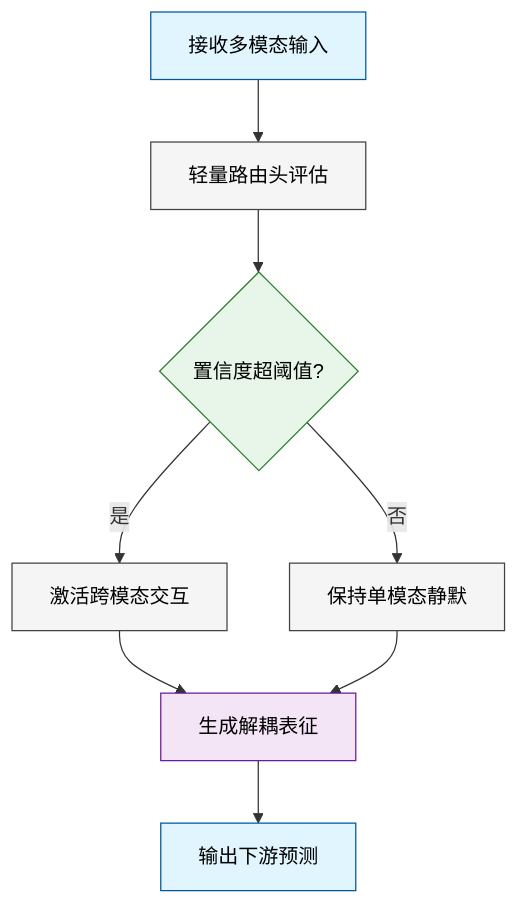
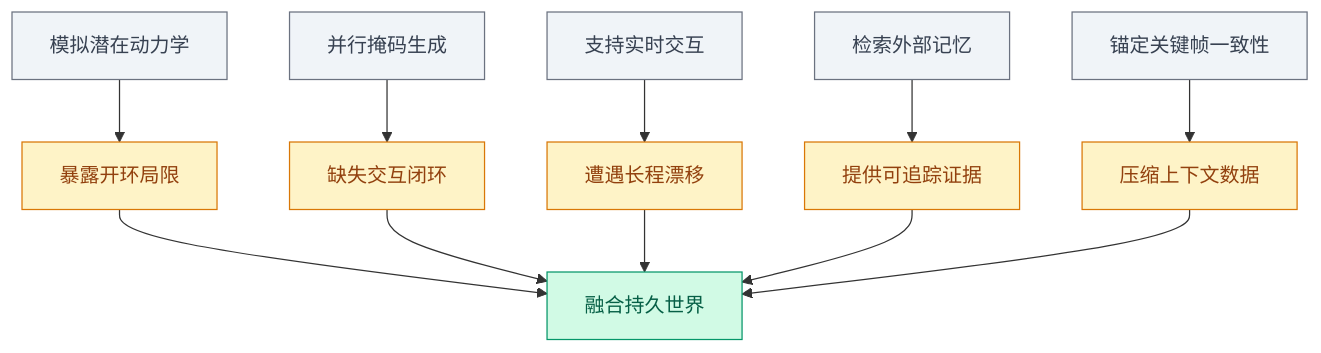
The sixth of 10 diagrams in person_vault/2026-06-12_FromMasksToWorldsAHitchhikerSGuideToWorl_2510.20668/report.md (ShinewineW/paper-rolling), drawn with Mermaid before and after one commit. The commit also changed other lines of this file and 51 other files, not shown here.

````diff
--- a/person_vault/2026-06-12_FromMasksToWorldsAHitchhikerSGuideToWorl_2510.20668/report.md
+++ b/person_vault/2026-06-12_FromMasksToWorldsAHitchhikerSGuideToWorl_2510.20668/report.md
@@ -265,15 +362,14 @@
 ```mermaid
 flowchart TD
-    classDef startend fill:#e1f5fe,stroke:#01579b,color:#000;
-    classDef process fill:#f5f5f5,stroke:#424242,color:#000;
-    classDef decision fill:#e8f5e9,stroke:#2e7d32,color:#000;
-    classDef data fill:#f3e5f5,stroke:#6a1b9a,color:#000;
+    classDef legacy fill:#f0f4f8,stroke:#6b7280,color:#374151;
+    classDef gap fill:#fef3c7,stroke:#d97706,color:#92400e;
+    classDef current fill:#d1fae5,stroke:#059669,color:#065f46;
 
-    input["接收多模态输入"]:::startend --> route_eval["轻量路由头评估"]:::process
-    route_eval --> thresh_check{置信度超阈值?}:::decision
-    thresh_check -- 是 --> activate_branch["激活跨模态交互"]:::process
-    thresh_check -- 否 --> bypass_path["保持单模态静默"]:::process
-    activate_branch --> fuse_rep["生成解耦表征"]:::data
-    bypass_path --> fuse_rep
-    fuse_rep --> output["输出下游预测"]:::startend
+    r1_simulate_latent_dynamics["模拟潜在动力学"]:::legacy --> g1_expose_open_loop["暴露开环局限"]:::gap
+    r2_generate_parallel_masks["并行掩码生成"]:::legacy --> g2_lack_interactive_loop["缺失交互闭环"]:::gap
+    r3_enable_realtime_interaction["支持实时交互"]:::legacy --> g3_suffer_long_term_drift["遭遇长程漂移"]:::gap
+    r4_retrieve_external_memory["检索外部记忆"]:::legacy --> g4_provide_traceable_evidence["提供可追踪证据"]:::gap
+    r5_anchor_keyframe_consistency["锚定关键帧一致性"]:::legacy --> g5_compress_context_data["压缩上下文数据"]:::gap
+
+    g1_expose_open_loop & g2_lack_interactive_loop & g3_suffer_long_term_drift & g4_provide_traceable_evidence & g5_compress_context_data --> syn_unify_persistent_world["融合持久世界"]:::current
 ```
````
